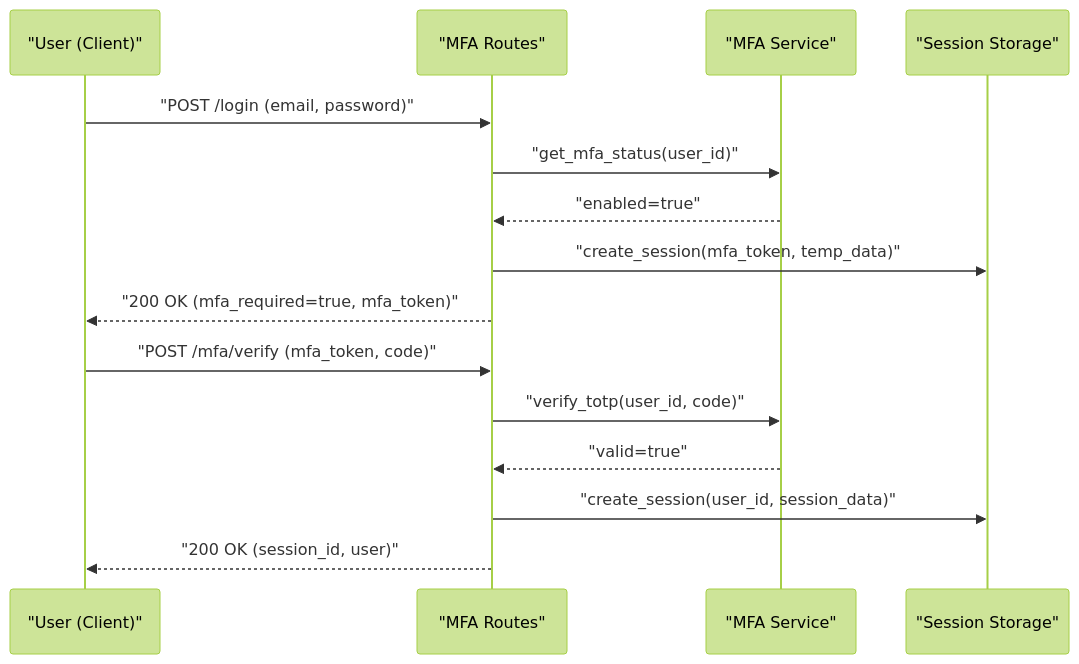
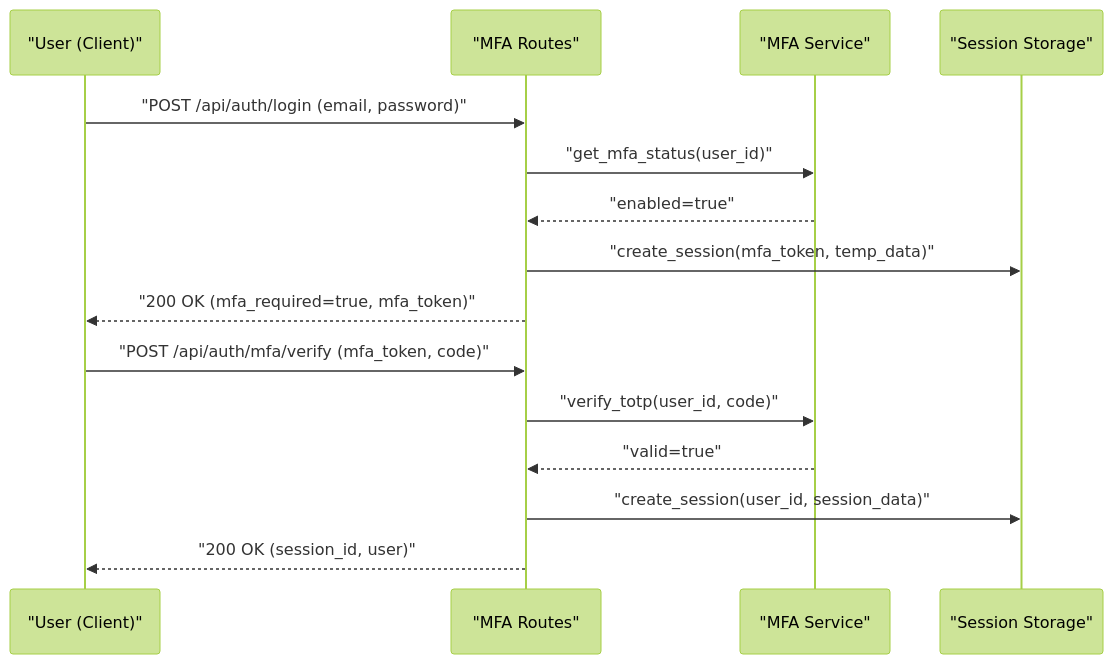
Before and after one commit to niteshsaini/offloadsecurity-docs: the second of 2 diagrams in docs/authentication/session-management.md, drawn with Mermaid (forest theme). The commit also changed other lines of this file and 23 other files, not shown here.

````diff
--- a/docs/authentication/session-management.md
+++ b/docs/authentication/session-management.md
@@ -96,19 +96,19 @@
 ```mermaid
 sequenceDiagram
     participant U as "User (Client)"
     participant R as "MFA Routes"
     participant M as "MFA Service"
     participant S as "Session Storage"
 
-    U->>R: "POST /login (email, password)"
+    U->>R: "POST /api/auth/login (email, password)"
     R->>M: "get_mfa_status(user_id)"
     M-->>R: "enabled=true"
     R->>S: "create_session(mfa_token, temp_data)"
     R-->>U: "200 OK (mfa_required=true, mfa_token)"
     
-    U->>R: "POST /mfa/verify (mfa_token, code)"
+    U->>R: "POST /api/auth/mfa/verify (mfa_token, code)"
     R->>M: "verify_totp(user_id, code)"
     M-->>R: "valid=true"
     R->>S: "create_session(user_id, session_data)"
     R-->>U: "200 OK (session_id, user)"
 ```
````
